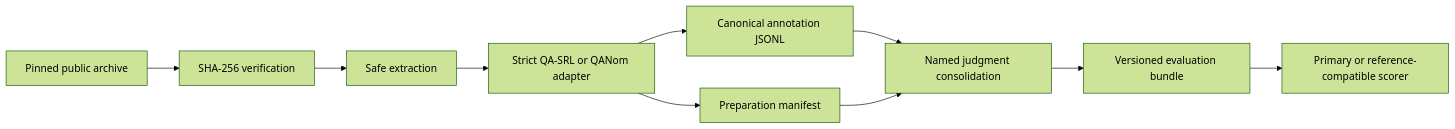
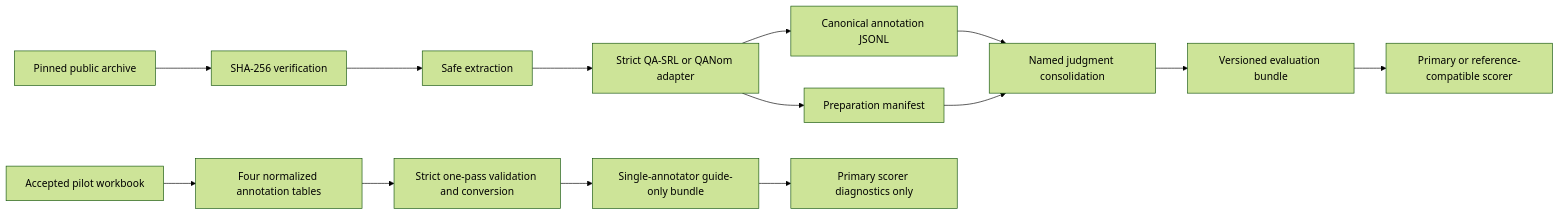
One commit to ayo-aa/semantic-action-extractor changed the second of 2 diagrams in README.md. Above: the diagram before and after it, drawn with Mermaid (forest theme). The commit also changed other lines of this file and 11 other files, not shown here.

Commit message:
Add pilot workbook conversion contract

````diff
--- a/README.md
+++ b/README.md
@@ -136,12 +139,16 @@
 ```mermaid
 flowchart LR
     A["Pinned public archive"] --> B["SHA-256 verification"]
     B --> C["Safe extraction"]
     C --> D["Strict QA-SRL or QANom adapter"]
     D --> E["Canonical annotation JSONL"]
     D --> F["Preparation manifest"]
     E --> G["Named judgment consolidation"]
     F --> G
     G --> H["Versioned evaluation bundle"]
+    J["Accepted pilot workbook"] --> K["Four normalized annotation tables"]
+    K --> L["Strict one-pass validation and conversion"]
+    L --> M["Single-annotator guide-only bundle"]
+    M --> N["Primary scorer diagnostics only"]
     H --> I["Primary or reference-compatible scorer"]
 ```
````
